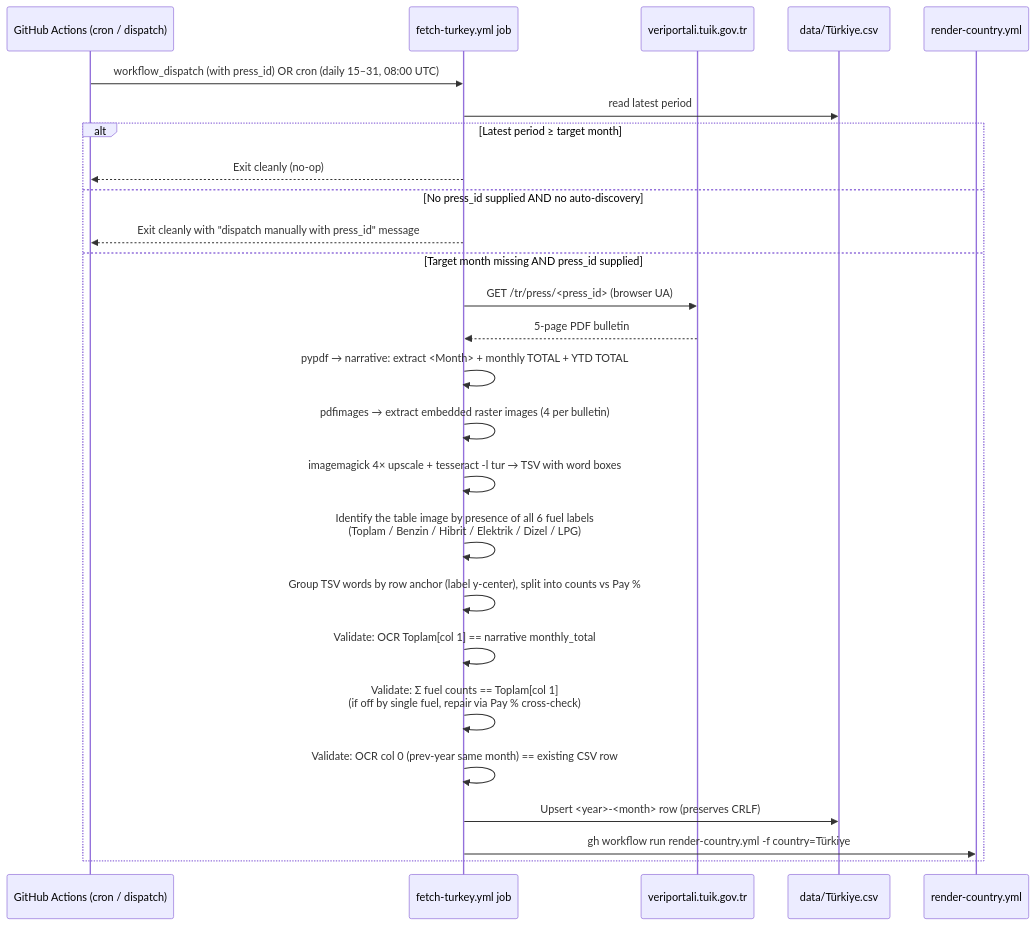
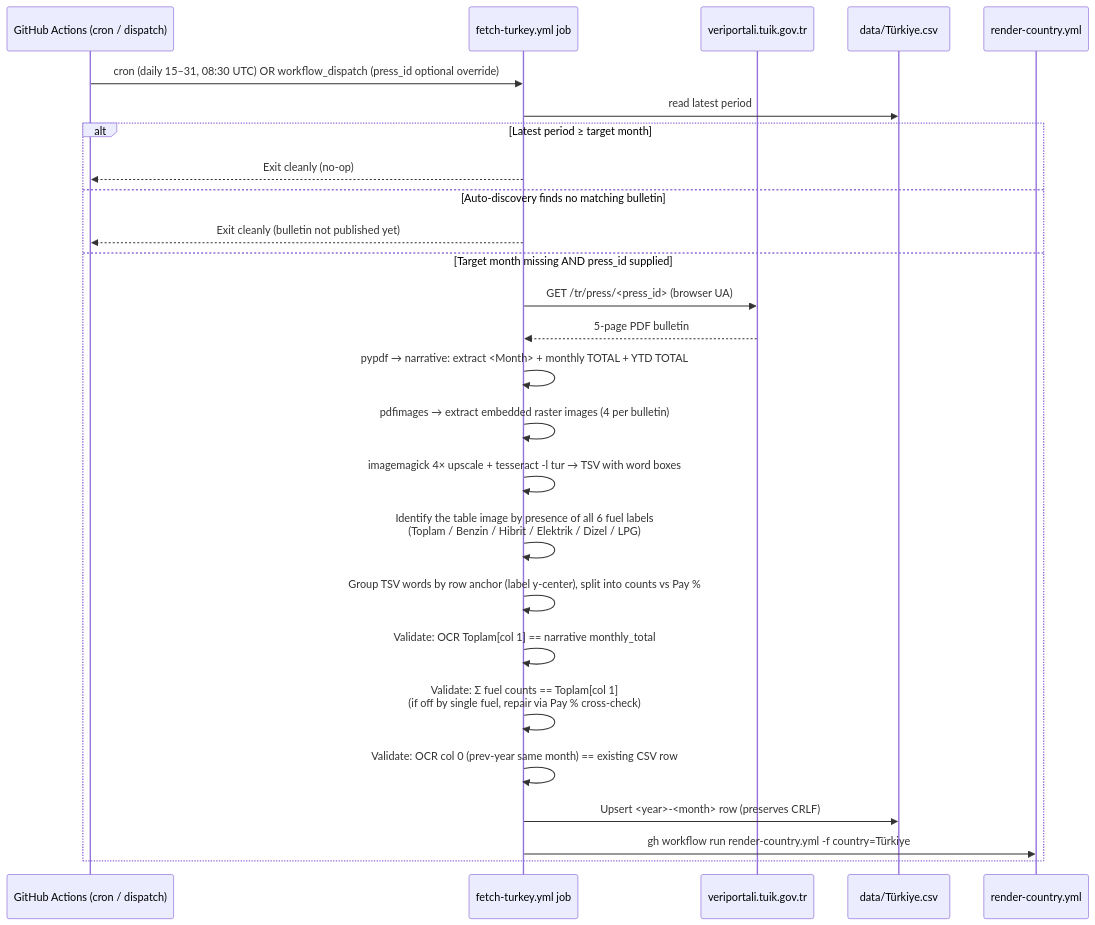
Diagram 15 of 24 in docs/architecture/05-flows.md (LeRaffl/LeRaffl-Gallery), drawn with Mermaid before and after one commit. The commit also changed other lines of this file and 5 other files, not shown here.

````diff
--- a/docs/architecture/05-flows.md
+++ b/docs/architecture/05-flows.md
@@ -724,29 +737,29 @@
 ```mermaid
 sequenceDiagram
     participant Cron as GitHub Actions (cron / dispatch)
     participant Job as fetch-turkey.yml job
     participant TUIK as veriportali.tuik.gov.tr
     participant CSV as data/Türkiye.csv
     participant Render as render-country.yml
 
-    Cron->>Job: workflow_dispatch (with press_id) OR cron (daily 15–31, 08:00 UTC)
+    Cron->>Job: cron (daily 15–31, 08:30 UTC) OR workflow_dispatch (press_id optional override)
     Job->>CSV: read latest period
     alt Latest period ≥ target month
         Job-->>Cron: Exit cleanly (no-op)
-    else No press_id supplied AND no auto-discovery
-        Job-->>Cron: Exit cleanly with "dispatch manually with press_id" message
+    else Auto-discovery finds no matching bulletin
+        Job-->>Cron: Exit cleanly (bulletin not published yet)
     else Target month missing AND press_id supplied
         Job->>TUIK: GET /tr/press/<press_id> (browser UA)
         TUIK-->>Job: 5-page PDF bulletin
         Job->>Job: pypdf → narrative: extract <Month> + monthly TOTAL + YTD TOTAL
         Job->>Job: pdfimages → extract embedded raster images (4 per bulletin)
         Job->>Job: imagemagick 4× upscale + tesseract -l tur → TSV with word boxes
         Job->>Job: Identify the table image by presence of all 6 fuel labels<br/>(Toplam / Benzin / Hibrit / Elektrik / Dizel / LPG)
         Job->>Job: Group TSV words by row anchor (label y-center), split into counts vs Pay %
         Job->>Job: Validate: OCR Toplam[col 1] == narrative monthly_total
         Job->>Job: Validate: Σ fuel counts == Toplam[col 1]<br/>(if off by single fuel, repair via Pay % cross-check)
         Job->>Job: Validate: OCR col 0 (prev-year same month) == existing CSV row
         Job->>CSV: Upsert <year>-<month> row (preserves CRLF)
         Job->>Render: gh workflow run render-country.yml -f country=Türkiye
     end
 ```
````
